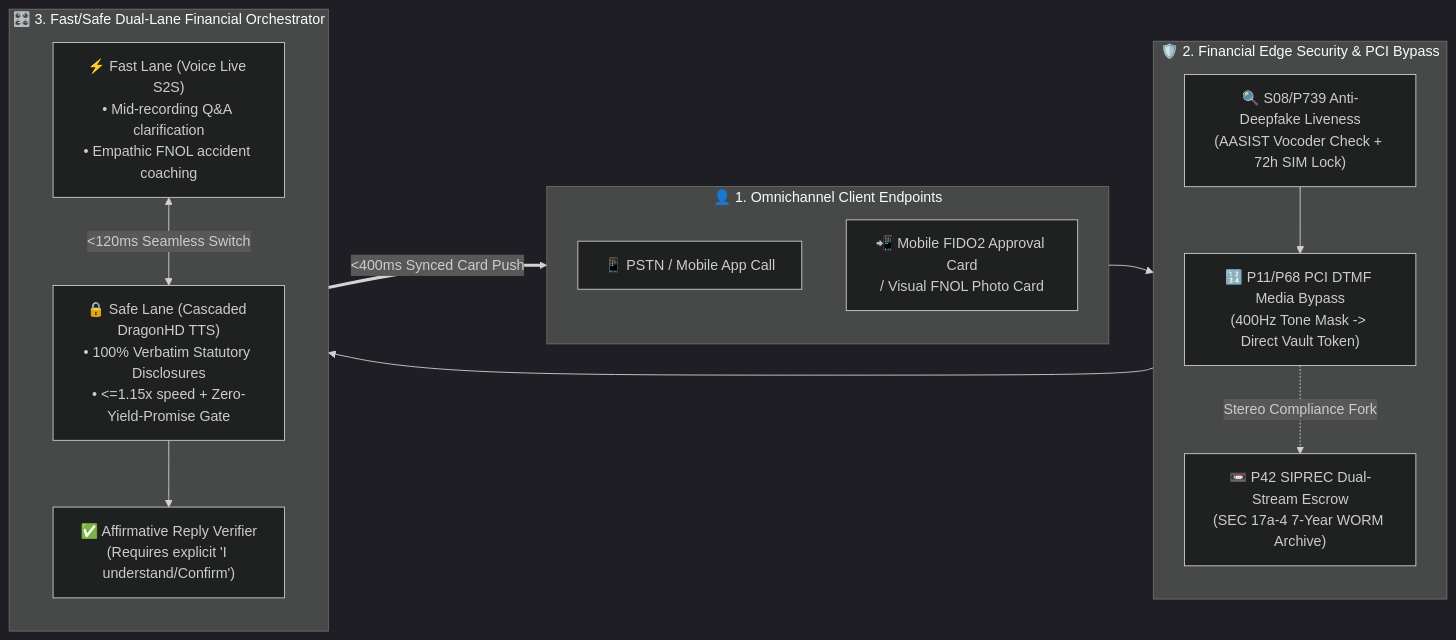
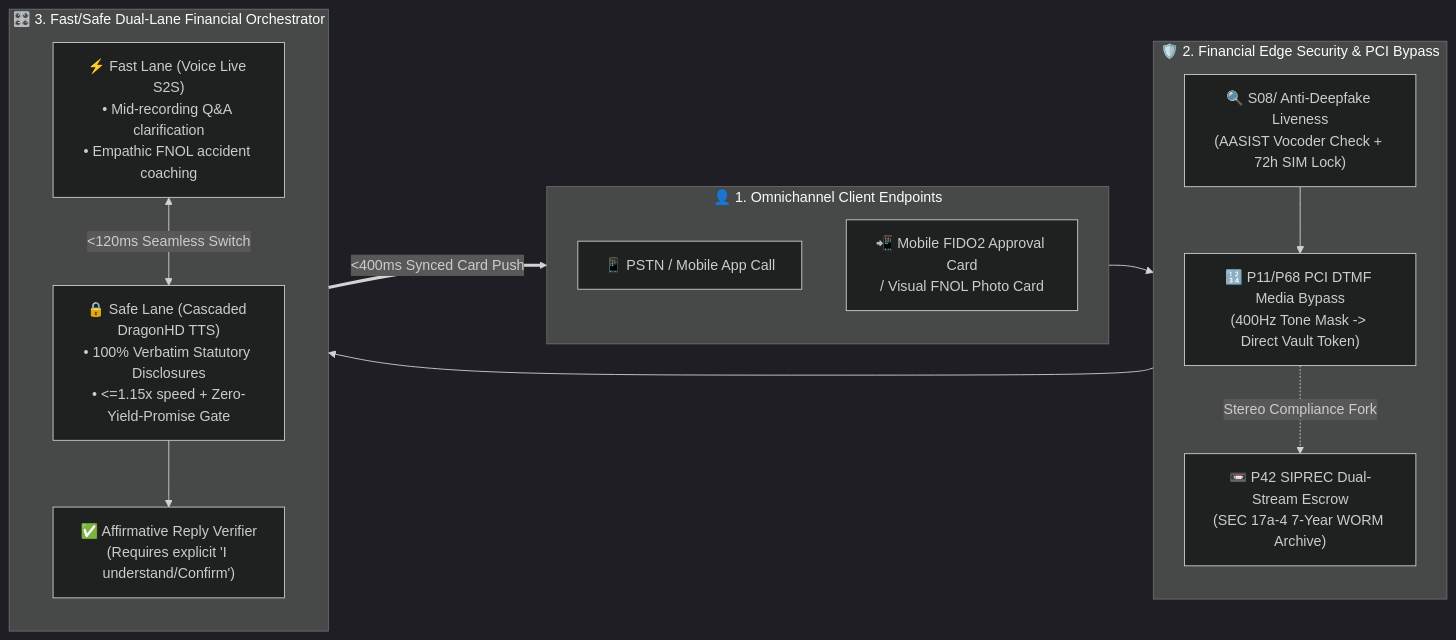
The second of 3 diagrams in docs/bfsi-wealth-dual-recording-claims-compliant-outbound-voice-selection-faq.en.md (turbo998/voice-agent-lab), drawn with Mermaid (dark theme) before and after one commit. The commit also changed other lines of this file and 715 other files, not shown here.

````diff
--- a/docs/bfsi-wealth-dual-recording-claims-compliant-outbound-voice-selection-faq.en.md
+++ b/docs/bfsi-wealth-dual-recording-claims-compliant-outbound-voice-selection-faq.en.md
@@ -92,27 +92,27 @@
 ```mermaid
 flowchart LR
-    subgraph Caller["👤 1. Omnichannel Client Endpoints"]
-        direction TB
-        Phone["📱 PSTN / Mobile App Call"]
-        AppCard["📲 Mobile FIDO2 Approval Card<br/>/ Visual FNOL Photo Card"]
-    end
+ subgraph Caller["👤 1. Omnichannel Client Endpoints"]
+ direction TB
+ Phone["📱 PSTN / Mobile App Call"]
+ AppCard["📲 Mobile FIDO2 Approval Card<br/>/ Visual FNOL Photo Card"]
+ end
 
-    subgraph EdgeGuard["🛡️ 2. Financial Edge Security & PCI Bypass"]
-        direction TB
-        AntiDeepfake["🔍 S08/P739 Anti-Deepfake Liveness<br/>(AASIST Vocoder Check + 72h SIM Lock)"]
-        PciBypass["🔢 P11/P68 PCI DTMF Media Bypass<br/>(400Hz Tone Mask -> Direct Vault Token)"]
-        Siprec["📼 P42 SIPREC Dual-Stream Escrow<br/>(SEC 17a-4 7-Year WORM Archive)"]
-    end
+ subgraph EdgeGuard["🛡️ 2. Financial Edge Security & PCI Bypass"]
+ direction TB
+ AntiDeepfake["🔍 S08/ Anti-Deepfake Liveness<br/>(AASIST Vocoder Check + 72h SIM Lock)"]
+ PciBypass["🔢 P11/P68 PCI DTMF Media Bypass<br/>(400Hz Tone Mask -> Direct Vault Token)"]
+ Siprec["📼 P42 SIPREC Dual-Stream Escrow<br/>(SEC 17a-4 7-Year WORM Archive)"]
+ end
 
-    subgraph DualBrain["🎛️ 3. Fast/Safe Dual-Lane Financial Orchestrator"]
-        direction TB
-        FastLane["⚡ Fast Lane (Voice Live S2S)<br/>• Mid-recording Q&A clarification<br/>• Empathic FNOL accident coaching"]
-        SafeLane["🔒 Safe Lane (Cascaded DragonHD TTS)<br/>• 100% Verbatim Statutory Disclosures<br/>• <=1.15x speed + Zero-Yield-Promise Gate"]
-        AffirmGate["✅ Affirmative Reply Verifier<br/>(Requires explicit 'I understand/Confirm')"]
-        FastLane <-->|"<120ms Seamless Switch"| SafeLane --> AffirmGate
-    end
+ subgraph DualBrain["🎛️ 3. Fast/Safe Dual-Lane Financial Orchestrator"]
+ direction TB
+ FastLane["⚡ Fast Lane (Voice Live S2S)<br/>• Mid-recording Q&A clarification<br/>• Empathic FNOL accident coaching"]
+ SafeLane["🔒 Safe Lane (Cascaded DragonHD TTS)<br/>• 100% Verbatim Statutory Disclosures<br/>• <=1.15x speed + Zero-Yield-Promise Gate"]
+ AffirmGate["✅ Affirmative Reply Verifier<br/>(Requires explicit 'I understand/Confirm')"]
+ FastLane <-->|"<120ms Seamless Switch"| SafeLane --> AffirmGate
+ end
 
-    Phone --> AntiDeepfake --> PciBypass --> DualBrain
-    PciBypass -.->|"Stereo Compliance Fork"| Siprec
-    DualBrain ==>|"<400ms Synced Card Push"| AppCard
+ Phone --> AntiDeepfake --> PciBypass --> DualBrain
+ PciBypass -.->|"Stereo Compliance Fork"| Siprec
+ DualBrain ==>|"<400ms Synced Card Push"| AppCard
 ```
````
